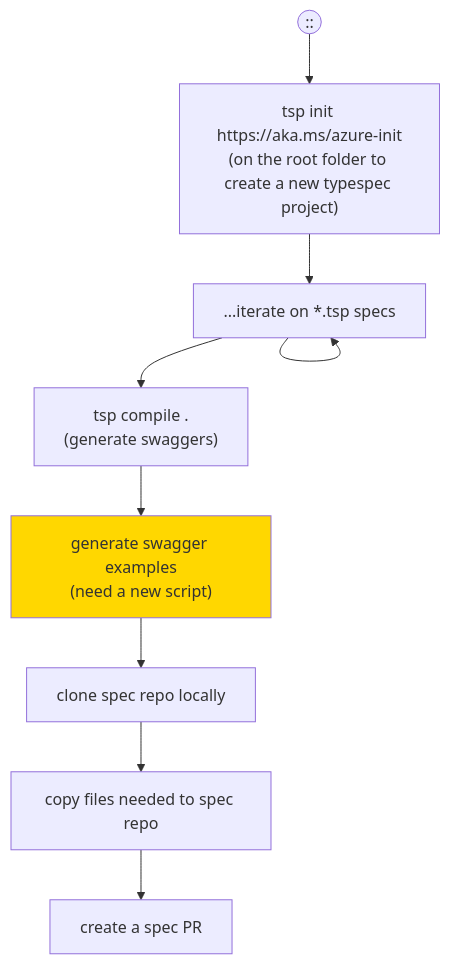
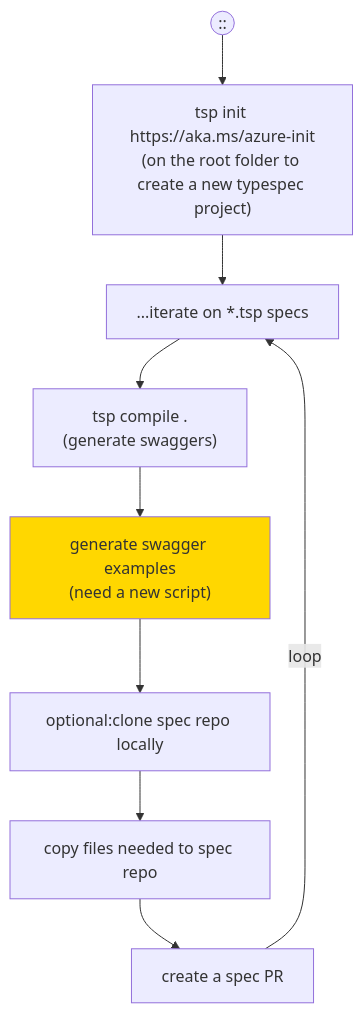
Before and after one commit to Azure/azure-rest-api-specs: the first of 4 diagrams in documentation/typespec-end-to-end-scenarios.md, drawn with Mermaid. The commit also changed other lines of this file, not shown here.

````diff
--- a/documentation/typespec-end-to-end-scenarios.md
+++ b/documentation/typespec-end-to-end-scenarios.md
@@ -21,17 +21,16 @@
 ```mermaid
 flowchart TD
 classDef highlight fill:#ffd700
 User((::))-->A
 A["tsp init https://aka.ms/azure-init
 (on the root folder to create a new typespec project)"] --> B
-B --> B
 B[...iterate on *.tsp specs] --> C
 C["tsp compile . 
 (generate swaggers)"] --> D
 D["generate swagger examples
 (need a new script)"] --> E
-E[clone spec repo locally] --> F
+E[optional:clone spec repo locally] --> F
 F[copy files needed to spec repo] --> G
-G[create a spec PR]
+G[create a spec PR] -->|loop|B
 class D highlight
 ```
````
